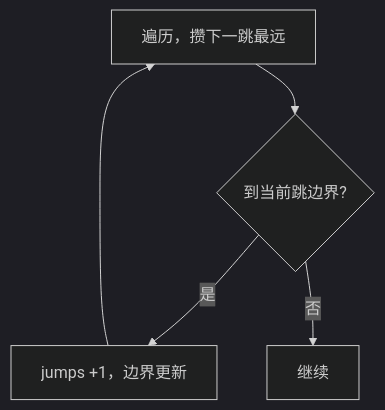
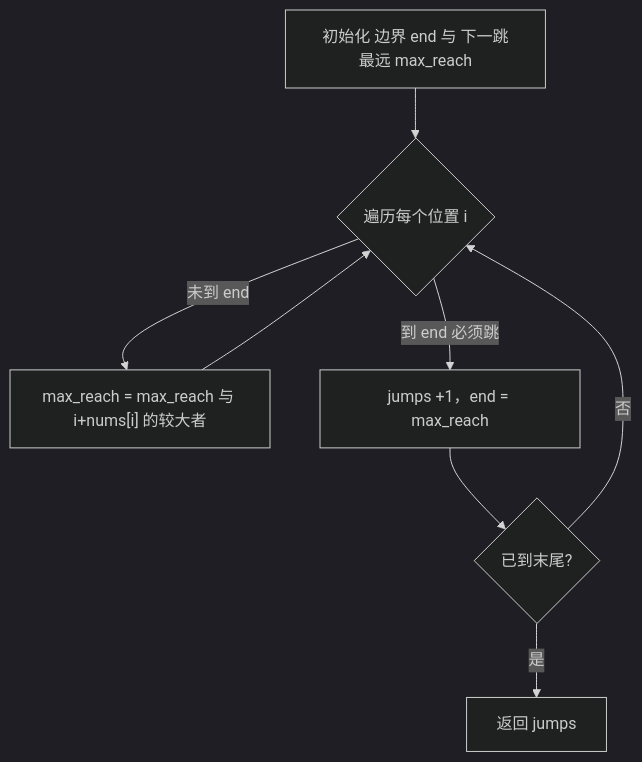
The first of 2 diagrams in 15-贪心/0045-跳跃游戏_II.md (OctalZero/hot100-py), drawn with Mermaid (dark theme) before and after one commit. The commit also changed other lines of this file and 117 other files, not shown here.

First line of the commit message:
feat: 全题解配图升级为「动画式 mermaid」（总览骨架 + 横向时间线逐步推演）

````diff
--- a/15-贪心/0045-跳跃游戏_II.md
+++ b/15-贪心/0045-跳跃游戏_II.md
@@ -24,7 +24,10 @@
 ```mermaid
 flowchart TD
-    A["遍历，攒下一跳最远"] --> B{"到当前跳边界?"}
-    B -- "是" --> C["jumps +1，边界更新"]
-    B -- "否" --> D["继续"]
-    C --> A
+    A["初始化 边界 end 与 下一跳最远 max_reach"] --> B{"遍历每个位置 i"}
+    B -->|"未到 end"| C["max_reach = max_reach 与 i+nums[i] 的较大者"]
+    C --> B
+    B -->|"到 end 必须跳"| D["jumps +1，end = max_reach"]
+    D --> E{"已到末尾?"}
+    E -->|"否"| B
+    E -->|"是"| F["返回 jumps"]
 ```
````
